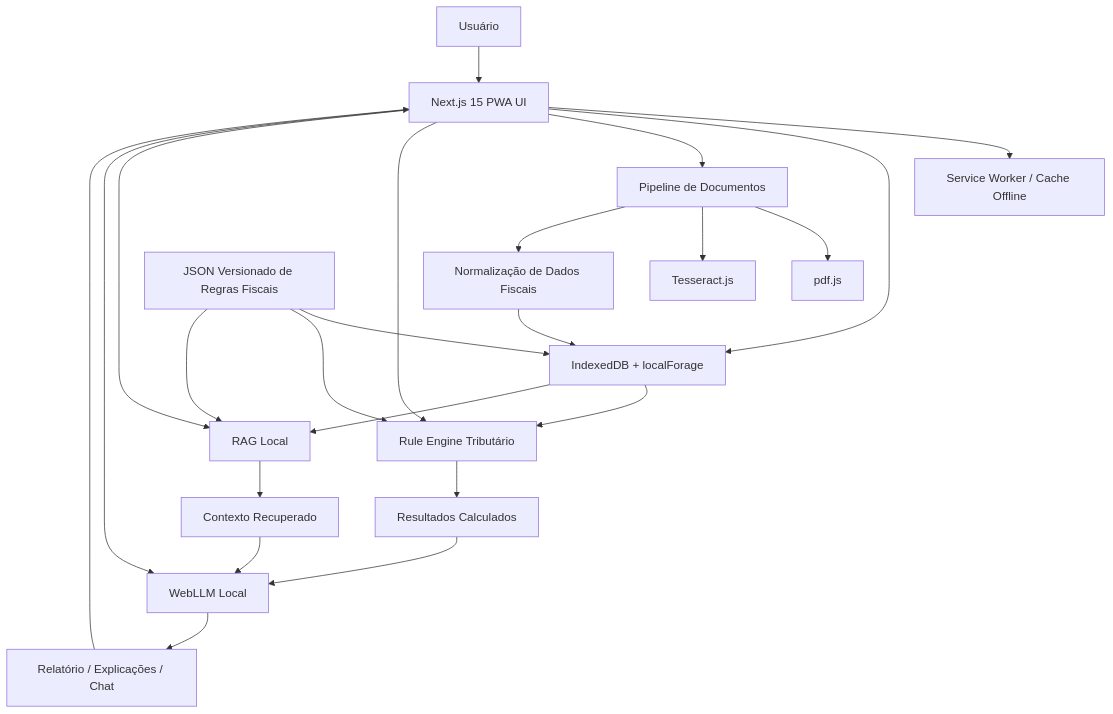
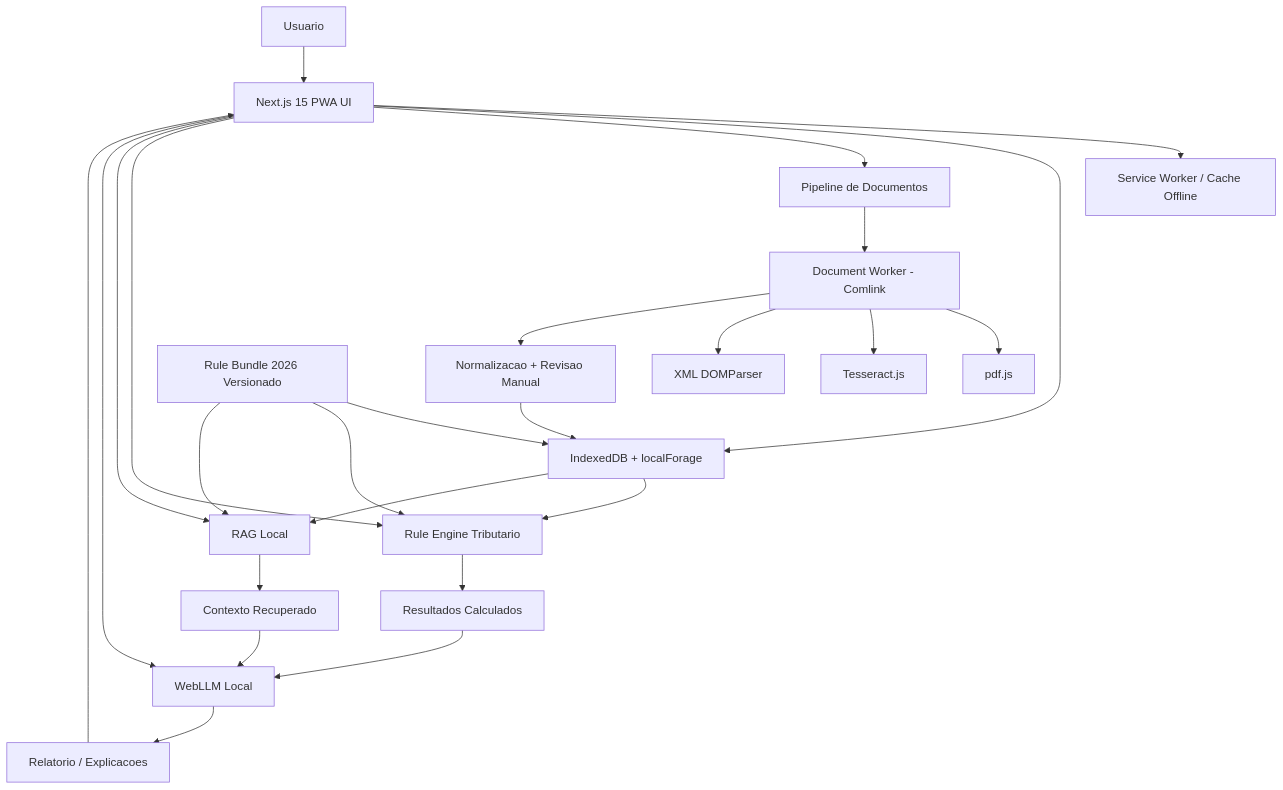
Before and after one commit to eduardotai/economizaia-local: the first of 3 diagrams in ARCHITECTURE.md, drawn with Mermaid. The commit also changed other lines of this file and 41 other files, not shown here.

First line of the commit message:
feat: real tax engine, accountant export, WebGPU fallback, interactive chat

````diff
--- a/ARCHITECTURE.md
+++ b/ARCHITECTURE.md
@@ -26,29 +26,31 @@
 ```mermaid
 flowchart TB
-    U[Usuário] --> UI[Next.js 15 PWA UI]
+    U[Usuario] --> UI[Next.js 15 PWA UI]
     UI --> SW[Service Worker / Cache Offline]
     UI --> DB[IndexedDB + localForage]
     UI --> DOC[Pipeline de Documentos]
-    UI --> ENG[Rule Engine Tributário]
+    UI --> ENG[Rule Engine Tributario]
     UI --> RAG[RAG Local]
     UI --> LLM[WebLLM Local]
 
-    DOC --> PDF[pdf.js]
-    DOC --> OCR[Tesseract.js]
-    DOC --> NORM[Normalização de Dados Fiscais]
+    DOC --> WK[Document Worker - Comlink]
+    WK --> PDF[pdf.js]
+    WK --> OCR[Tesseract.js]
+    WK --> XML[XML DOMParser]
+    WK --> NORM[Normalizacao + Revisao Manual]
 
     NORM --> DB
     DB --> ENG
     DB --> RAG
     ENG --> RES[Resultados Calculados]
     RAG --> CTX[Contexto Recuperado]
     RES --> LLM
     CTX --> LLM
 
-    LLM --> REP[Relatório / Explicações / Chat]
+    LLM --> REP[Relatorio / Explicacoes]
     REP --> UI
 
-    RULES[JSON Versionado de Regras Fiscais] --> DB
+    RULES[Rule Bundle 2026 Versionado] --> DB
     RULES --> ENG
     RULES --> RAG
 ```
````
